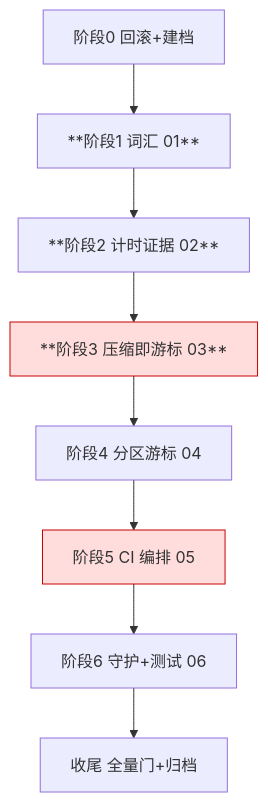
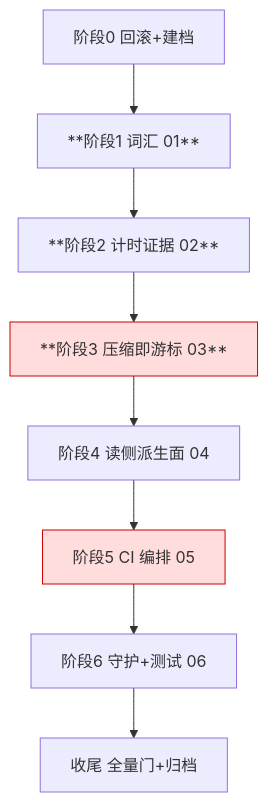
The diagram in openspec/changes/restart-recovery-optimization/tasks.md (SpellingDragon/tagent), drawn with Mermaid before and after one commit. The commit also changed other lines of this file and 10 other files, not shown here.

````diff
--- a/openspec/changes/restart-recovery-optimization/tasks.md
+++ b/openspec/changes/restart-recovery-optimization/tasks.md
@@ -7,12 +7,12 @@
 ```mermaid
 graph TD
   W0[阶段0 回滚+建档] --> W1[**阶段1 词汇 01**]
   W1 --> W2[**阶段2 计时证据 02**]
   W2 --> W3[**阶段3 压缩即游标 03**]
-  W3 --> W4[阶段4 分区游标 04]
+  W3 --> W4[阶段4 读侧派生面 04]
   W4 --> W5[阶段5 CI 编排 05]
   W5 --> W6[阶段6 守护+测试 06]
   W6 --> W7[收尾 全量门+归档]
   style W3 fill:#fdd,stroke:#c00
   style W5 fill:#fdd,stroke:#c00
 ```
````
